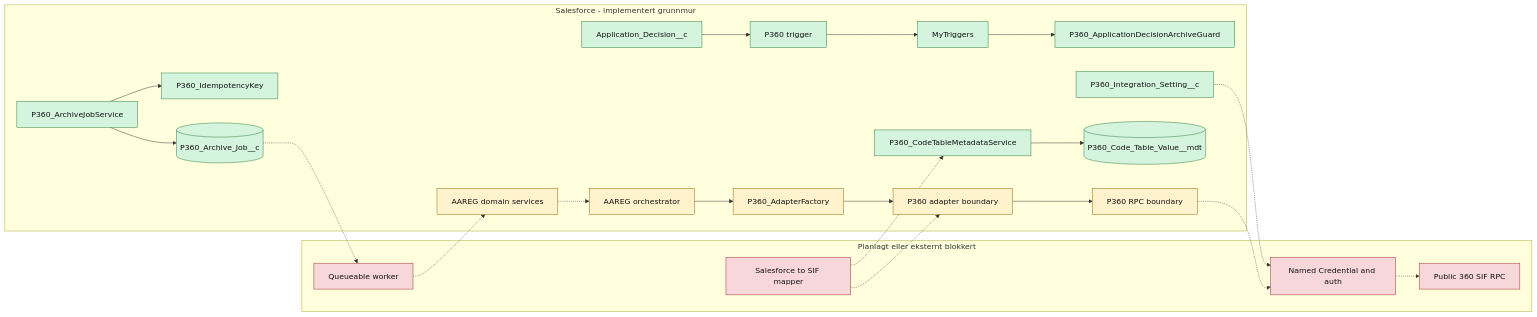
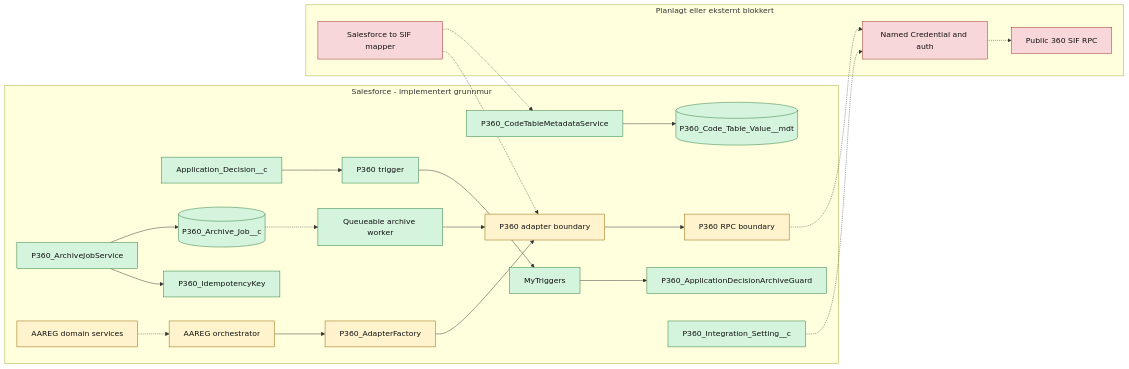
Before and after one commit to navikt/crm-arbeidsforhold: the first of 4 diagrams in docs/integrations/p360/teknisk-oversikt.md, drawn with Mermaid. The commit also changed other lines of this file and 8 other files, not shown here.

Commit message:
feat(p360): enable explicit mock transport for sandbox flows

````diff
--- a/docs/integrations/p360/teknisk-oversikt.md
+++ b/docs/integrations/p360/teknisk-oversikt.md
@@ -48,47 +50,48 @@
 ```mermaid
 graph LR
     subgraph Salesforce[Salesforce - implementert grunnmur]
         Decision[Application_Decision__c]
         Trigger[P360 trigger]
         MyTriggers[MyTriggers]
         Guard[P360_ApplicationDecisionArchiveGuard]
         Key[P360_IdempotencyKey]
         JobService[P360_ArchiveJobService]
         Job[(P360_Archive_Job__c)]
         Domain[AAREG domain services]
         Orchestrator[AAREG orchestrator]
         Factory[P360_AdapterFactory]
         Adapter[P360 adapter boundary]
         Rpc[P360 RPC boundary]
+        Worker[Queueable archive worker]
         CodeTable[(P360_Code_Table_Value__mdt)]
         CodeTableService[P360_CodeTableMetadataService]
         Config[P360_Integration_Setting__c]
     end
 
     subgraph Future[Planlagt eller eksternt blokkert]
-        Worker[Queueable worker]
         Mapper[Salesforce to SIF mapper]
         Auth[Named Credential and auth]
         P360[Public 360 SIF RPC]
     end
 
     Decision --> Trigger --> MyTriggers --> Guard
     JobService --> Key
     JobService --> Job
     Job -.-> Worker
-    Worker -.-> Domain
+    Worker --> Adapter
     Domain -.-> Orchestrator
     Orchestrator --> Factory --> Adapter --> Rpc
     Rpc -.-> Auth -.-> P360
     Mapper -.-> Adapter
     CodeTableService --> CodeTable
     Mapper -.-> CodeTableService
     Config -.-> Auth
 
     classDef implemented fill:#d4f4dd,stroke:#2d7a3e,color:#111
     classDef contract fill:#fff3cd,stroke:#946200,color:#111
     classDef blocked fill:#f8d7da,stroke:#9b2c2c,color:#111
     class Decision,Trigger,MyTriggers,Guard,Key,JobService,Job,CodeTable,CodeTableService,Config implemented
     class Domain,Orchestrator,Factory,Adapter,Rpc contract
-    class Worker,Mapper,Auth,P360 blocked
+    class Worker,CodeTable,CodeTableService,Config implemented
+    class Mapper,Auth,P360 blocked
 ```
````
